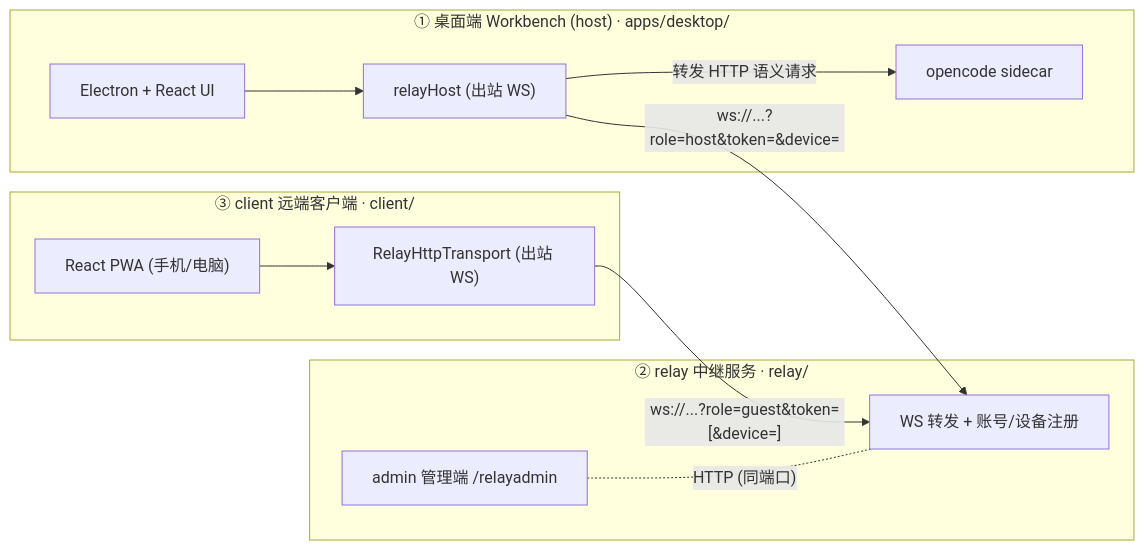
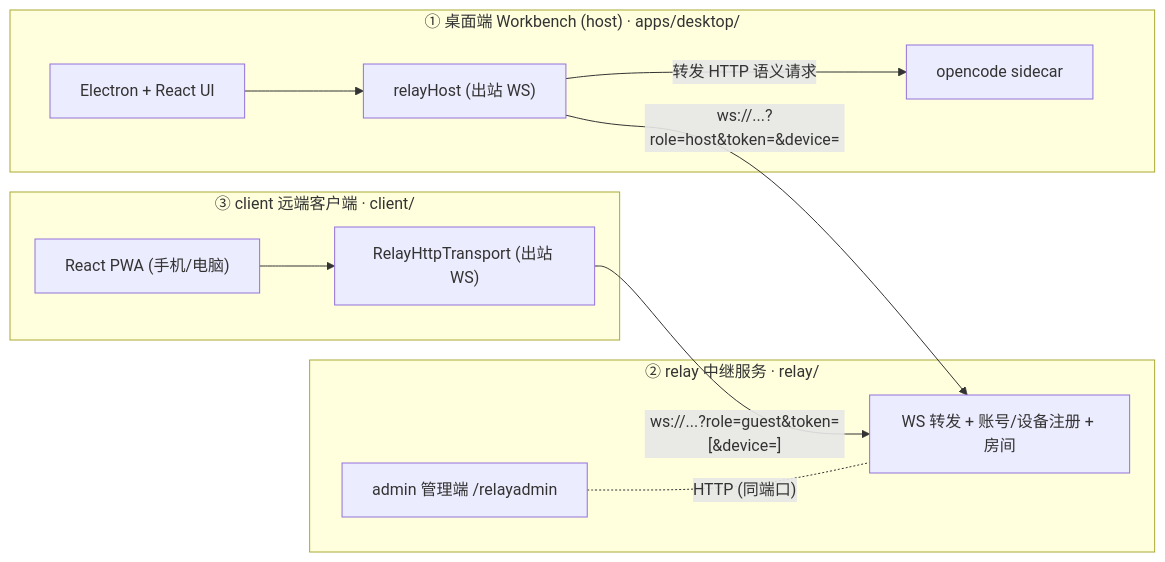
One commit to yy92calm/openworkbench changed the diagram in README.md. Above: the diagram before and after it, drawn with Mermaid. The commit also changed other lines of this file and 148 other files, not shown here.

````diff
--- a/README.md
+++ b/README.md
@@ -84,22 +86,22 @@
 ```mermaid
 flowchart LR
     subgraph Host["① 桌面端 Workbench (host) · apps/desktop/"]
         UI["Electron + React UI"]
         RH["relayHost (出站 WS)"]
         SC["opencode sidecar"]
         UI --> RH
         RH -- "转发 HTTP 语义请求" --> SC
     end
     subgraph Relay["② relay 中继服务 · relay/"]
-        WS["WS 转发 + 账号/设备注册"]
+        WS["WS 转发 + 账号/设备注册 + 房间"]
         ADMIN["admin 管理端 /relayadmin"]
     end
     subgraph Client["③ client 远端客户端 · client/"]
         CW["React PWA (手机/电脑)"]
         CT["RelayHttpTransport (出站 WS)"]
         CW --> CT
     end
     RH -- "ws://...?role=host&token=&device=" --> WS
     CT -- "ws://...?role=guest&token=[&device=]" --> WS
     ADMIN -. "HTTP (同端口)" .- WS
 ```
````
